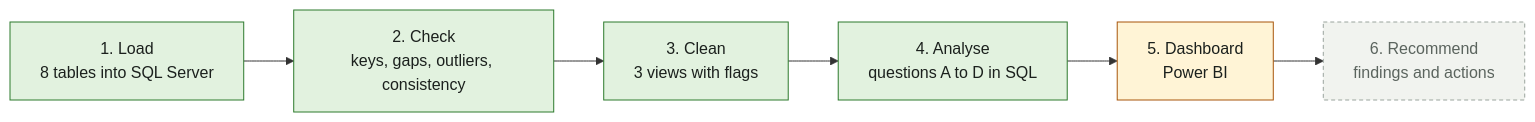
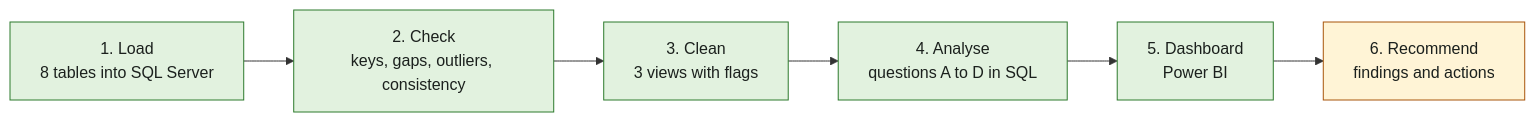
Before and after one commit to talshelin/ecommerce-sales-analysis: the second of 2 diagrams in README.md, drawn with Mermaid. The commit also changed other lines of this file and 6 other files, not shown here.

````diff
--- a/README.md
+++ b/README.md
@@ -63,15 +64,14 @@
 ```mermaid
 flowchart LR
     A["1. Load<br/>8 tables into SQL Server"] --> B["2. Check<br/>keys, gaps, outliers, consistency"]
     B --> C["3. Clean<br/>3 views with flags"]
     C --> D["4. Analyse<br/>questions A to D in SQL"]
     D --> E["5. Dashboard<br/>Power BI"]
     E --> F["6. Recommend<br/>findings and actions"]
 
     classDef done fill:#e2f2df,stroke:#2c7a2c,color:#1b201d
     classDef doing fill:#fff4d6,stroke:#a8550a,color:#1b201d
     classDef todo fill:#f1f3ef,stroke:#9aa49d,color:#5b645e,stroke-dasharray: 4 3
-    class A,B,C,D done
-    class E doing
-    class F todo
+    class A,B,C,D,E done
+    class F doing
 ```
````
